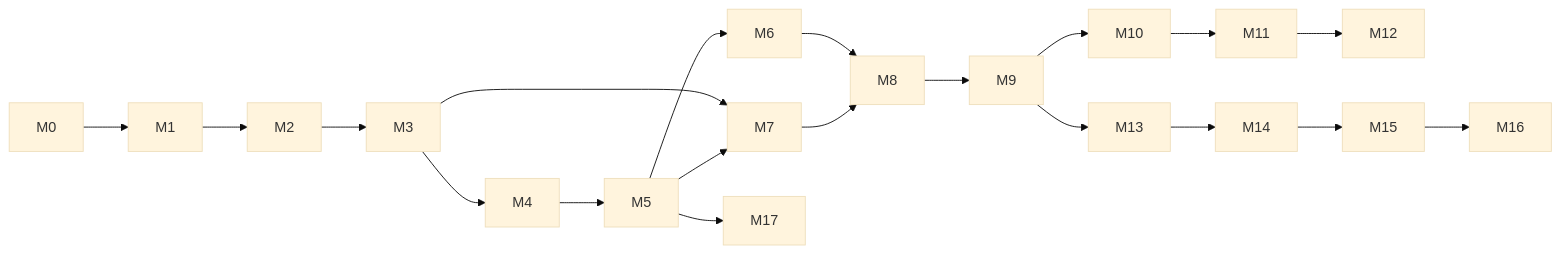
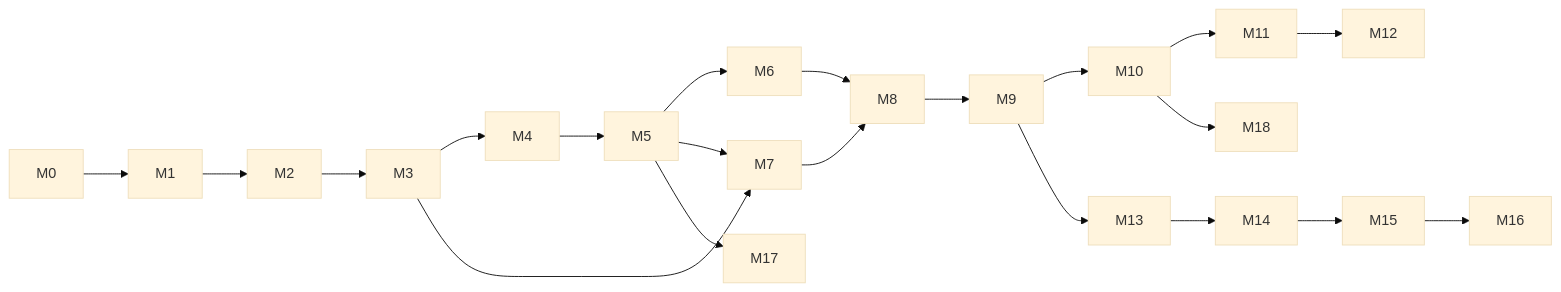
One commit to davidpizon/Mod2Xgm changed the diagram in docs/implementation-plan.md. Above: the diagram before and after it, drawn with Mermaid (base theme). The commit also changed other lines of this file and 27 other files, not shown here.

````diff
--- a/docs/implementation-plan.md
+++ b/docs/implementation-plan.md
@@ -262,14 +272,15 @@
 ```mermaid
 flowchart LR
     M0 --> M1 --> M2 --> M3
     M3 --> M4 --> M5
     M3 --> M7
     M5 --> M6
     M5 --> M7
     M6 --> M8
     M7 --> M8
     M8 --> M9
     M9 --> M10 --> M11 --> M12
     M9 --> M13 --> M14 --> M15 --> M16
     M5 --> M17
+    M10 --> M18
 ```
````
